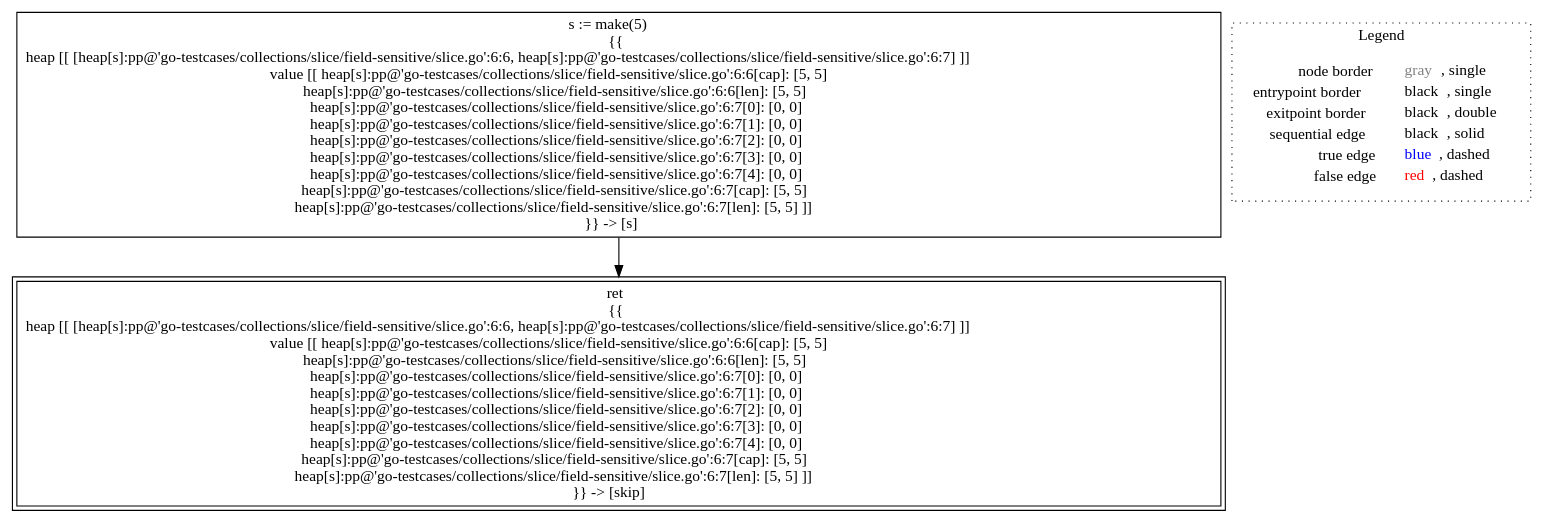
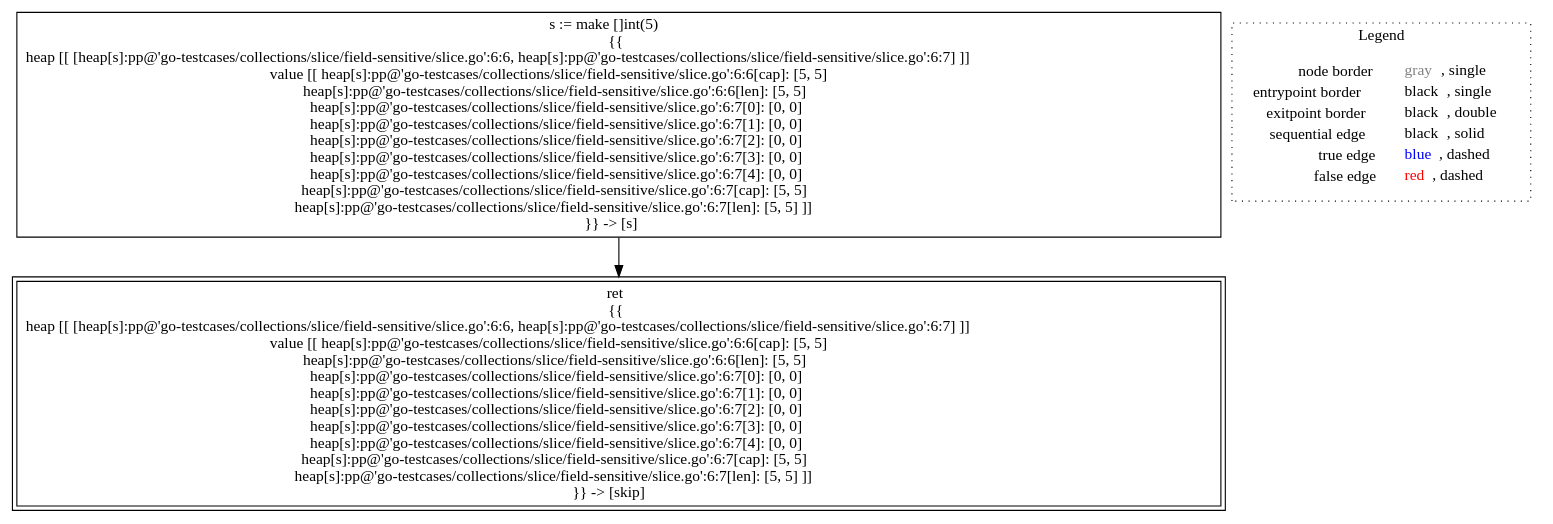
One commit to lisa-analyzer/go-lisa changed the diagram in go-lisa/go-testcases/collections/slice/field-sensitive/analysis___untyped_~LiSAProgram.main().dot. Above: the diagram before and after it, drawn with Graphviz. The commit also changed 10 other files, not shown here.

```diff
--- a/go-lisa/go-testcases/collections/slice/field-sensitive/analysis___untyped_~LiSAProgram.main().dot
+++ b/go-lisa/go-testcases/collections/slice/field-sensitive/analysis___untyped_~LiSAProgram.main().dot
@@ -1,12 +1,12 @@
 digraph {
-	"node0" [shape="rect",color="black",label=<s := make(5)<BR/>{{<BR/>heap [[ [heap[s]:pp@'go-testcases/collections/slice/field-sensitive/slice.go':6:6, heap[s]:pp@'go-testcases/collections/slice/field-sensitive/slice.go':6:7] ]]<BR/>value [[ heap[s]:pp@'go-testcases/collections/slice/field-sensitive/slice.go':6:6[cap]: [5, 5]<BR/>heap[s]:pp@'go-testcases/collections/slice/field-sensitive/slice.go':6:6[len]: [5, 5]<BR/>heap[s]:pp@'go-testcases/collections/slice/field-sensitive/slice.go':6:7[0]: [0, 0]<BR/>heap[s]:pp@'go-testcases/collections/slice/field-sensitive/slice.go':6:7[1]: [0, 0]<BR/>heap[s]:pp@'go-testcases/collections/slice/field-sensitive/slice.go':6:7[2]: [0, 0]<BR/>heap[s]:pp@'go-testcases/collections/slice/field-sensitive/slice.go':6:7[3]: [0, 0]<BR/>heap[s]:pp@'go-testcases/collections/slice/field-sensitive/slice.go':6:7[4]: [0, 0]<BR/>heap[s]:pp@'go-testcases/collections/slice/field-sensitive/slice.go':6:7[cap]: [5, 5]<BR/>heap[s]:pp@'go-testcases/collections/slice/field-sensitive/slice.go':6:7[len]: [5, 5] ]]<BR/>}} -&gt; [s]>];
+	"node0" [shape="rect",color="black",label=<s := make []int(5)<BR/>{{<BR/>heap [[ [heap[s]:pp@'go-testcases/collections/slice/field-sensitive/slice.go':6:6, heap[s]:pp@'go-testcases/collections/slice/field-sensitive/slice.go':6:7] ]]<BR/>value [[ heap[s]:pp@'go-testcases/collections/slice/field-sensitive/slice.go':6:6[cap]: [5, 5]<BR/>heap[s]:pp@'go-testcases/collections/slice/field-sensitive/slice.go':6:6[len]: [5, 5]<BR/>heap[s]:pp@'go-testcases/collections/slice/field-sensitive/slice.go':6:7[0]: [0, 0]<BR/>heap[s]:pp@'go-testcases/collections/slice/field-sensitive/slice.go':6:7[1]: [0, 0]<BR/>heap[s]:pp@'go-testcases/collections/slice/field-sensitive/slice.go':6:7[2]: [0, 0]<BR/>heap[s]:pp@'go-testcases/collections/slice/field-sensitive/slice.go':6:7[3]: [0, 0]<BR/>heap[s]:pp@'go-testcases/collections/slice/field-sensitive/slice.go':6:7[4]: [0, 0]<BR/>heap[s]:pp@'go-testcases/collections/slice/field-sensitive/slice.go':6:7[cap]: [5, 5]<BR/>heap[s]:pp@'go-testcases/collections/slice/field-sensitive/slice.go':6:7[len]: [5, 5] ]]<BR/>}} -&gt; [s]>];
 	"node1" [shape="rect",color="black",peripheries="2",label=<ret<BR/>{{<BR/>heap [[ [heap[s]:pp@'go-testcases/collections/slice/field-sensitive/slice.go':6:6, heap[s]:pp@'go-testcases/collections/slice/field-sensitive/slice.go':6:7] ]]<BR/>value [[ heap[s]:pp@'go-testcases/collections/slice/field-sensitive/slice.go':6:6[cap]: [5, 5]<BR/>heap[s]:pp@'go-testcases/collections/slice/field-sensitive/slice.go':6:6[len]: [5, 5]<BR/>heap[s]:pp@'go-testcases/collections/slice/field-sensitive/slice.go':6:7[0]: [0, 0]<BR/>heap[s]:pp@'go-testcases/collections/slice/field-sensitive/slice.go':6:7[1]: [0, 0]<BR/>heap[s]:pp@'go-testcases/collections/slice/field-sensitive/slice.go':6:7[2]: [0, 0]<BR/>heap[s]:pp@'go-testcases/collections/slice/field-sensitive/slice.go':6:7[3]: [0, 0]<BR/>heap[s]:pp@'go-testcases/collections/slice/field-sensitive/slice.go':6:7[4]: [0, 0]<BR/>heap[s]:pp@'go-testcases/collections/slice/field-sensitive/slice.go':6:7[cap]: [5, 5]<BR/>heap[s]:pp@'go-testcases/collections/slice/field-sensitive/slice.go':6:7[len]: [5, 5] ]]<BR/>}} -&gt; [skip]>];
 	"node0" -> "node1" [color="black"];
 subgraph cluster_legend {
 	label="Legend";
 	style=dotted;
 	node [shape=plaintext];
 	"legend" [label=<<table border="0" cellpadding="2" cellspacing="0" cellborder="0"><tr><td align="right">node border&nbsp;</td><td align="left"><font color="gray">gray</font>, single</td></tr><tr><td align="right">entrypoint border&nbsp;</td><td align="left"><font color="black">black</font>, single</td></tr><tr><td align="right">exitpoint border&nbsp;</td><td align="left"><font color="black">black</font>, double</td></tr><tr><td align="right">sequential edge&nbsp;</td><td align="left"><font color="black">black</font>, solid</td></tr><tr><td align="right">true edge&nbsp;</td><td align="left"><font color="blue">blue</font>, dashed</td></tr><tr><td align="right">false edge&nbsp;</td><td align="left"><font color="red">red</font>, dashed</td></tr></table>>];
 }
 
 }
```
